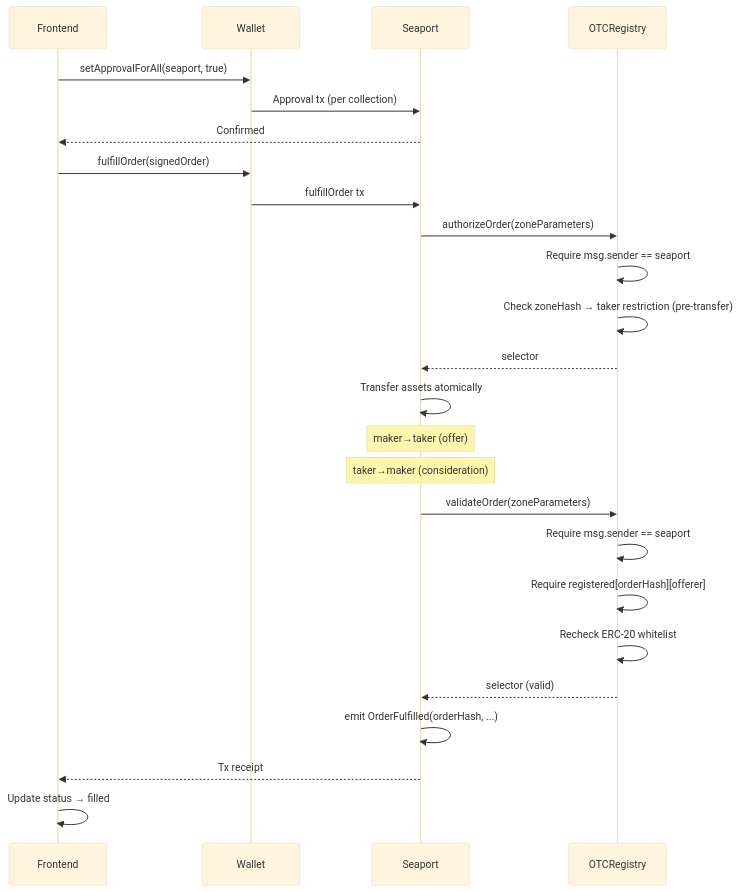
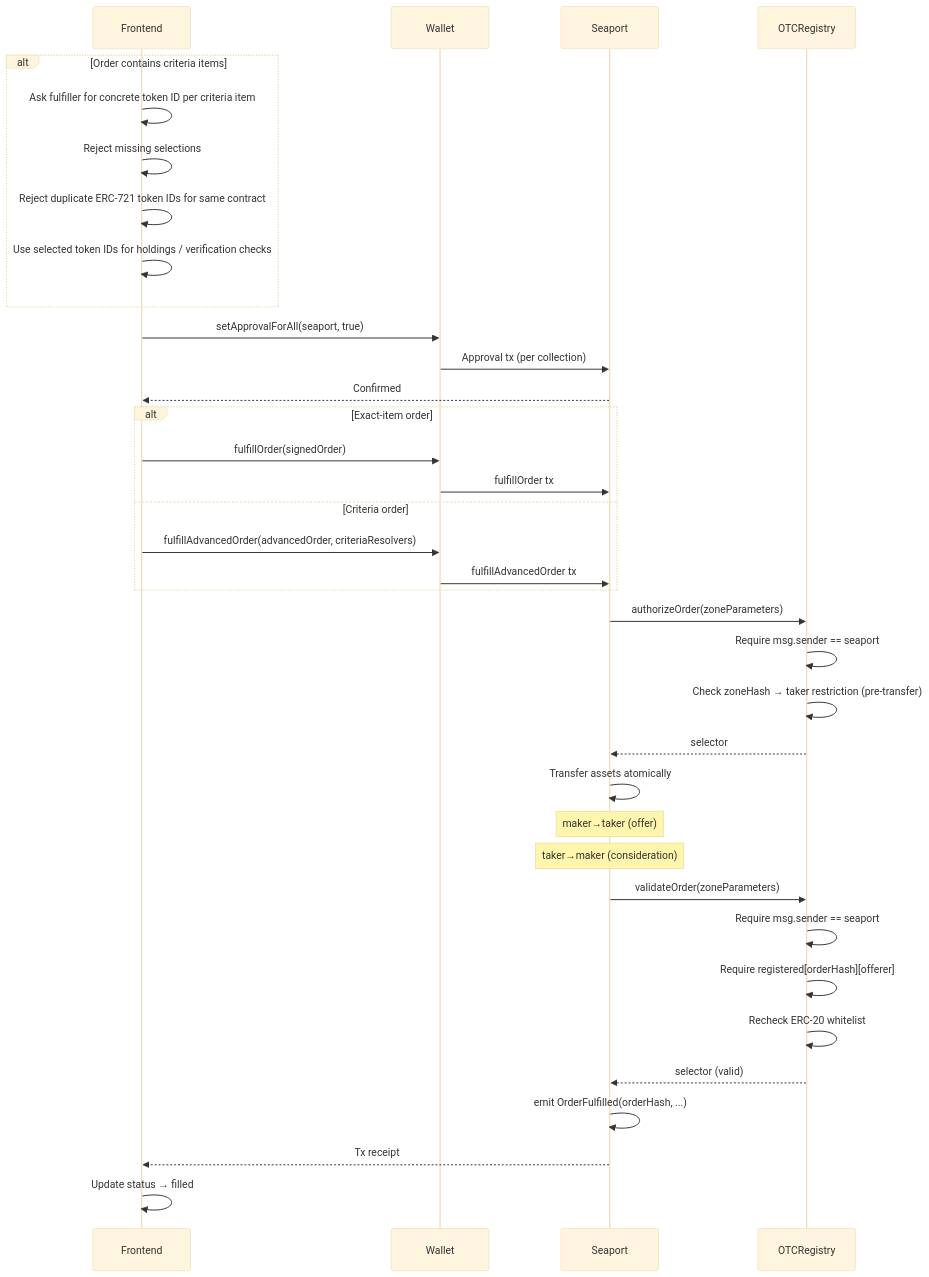
Before and after one commit to shukudaidayo/ocarina-trade: the third of 5 diagrams in docs/flows.md, drawn with Mermaid (base theme). The commit also changed other lines of this file and 10 other files, not shown here.

First line of the commit message:
Add Any Token criteria offers

````diff
--- a/docs/flows.md
+++ b/docs/flows.md
@@ -83,34 +86,46 @@
 ```mermaid
 sequenceDiagram
     participant F as Frontend
     participant W as Wallet
     participant S as Seaport
     participant Z as OTCRegistry
 
+    alt Order contains criteria items
+        F->>F: Ask fulfiller for concrete token ID per criteria item
+        F->>F: Reject missing selections
+        F->>F: Reject duplicate ERC-721 token IDs for same contract
+        F->>F: Use selected token IDs for holdings / verification checks
+    end
+
     F->>W: setApprovalForAll(seaport, true)
     W->>S: Approval tx (per collection)
     S-->>F: Confirmed
 
-    F->>W: fulfillOrder(signedOrder)
-    W->>S: fulfillOrder tx
+    alt Exact-item order
+        F->>W: fulfillOrder(signedOrder)
+        W->>S: fulfillOrder tx
+    else Criteria order
+        F->>W: fulfillAdvancedOrder(advancedOrder, criteriaResolvers)
+        W->>S: fulfillAdvancedOrder tx
+    end
 
     S->>Z: authorizeOrder(zoneParameters)
     Z->>Z: Require msg.sender == seaport
     Z->>Z: Check zoneHash → taker restriction (pre-transfer)
     Z-->>S: selector
 
     S->>S: Transfer assets atomically
     Note over S: maker→taker (offer)
     Note over S: taker→maker (consideration)
 
     S->>Z: validateOrder(zoneParameters)
     Z->>Z: Require msg.sender == seaport
     Z->>Z: Require registered[orderHash][offerer]
     Z->>Z: Recheck ERC-20 whitelist
     Z-->>S: selector (valid)
 
     S->>S: emit OrderFulfilled(orderHash, ...)
     S-->>F: Tx receipt
 
     F->>F: Update status → filled
 ```
````
